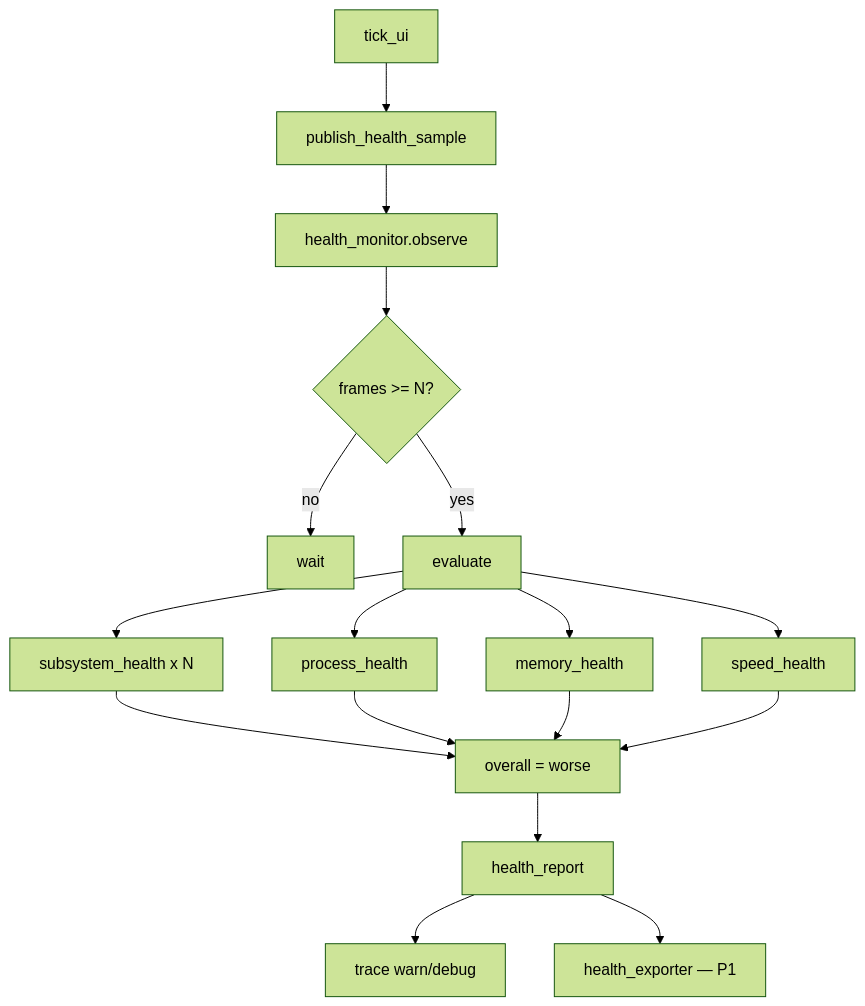
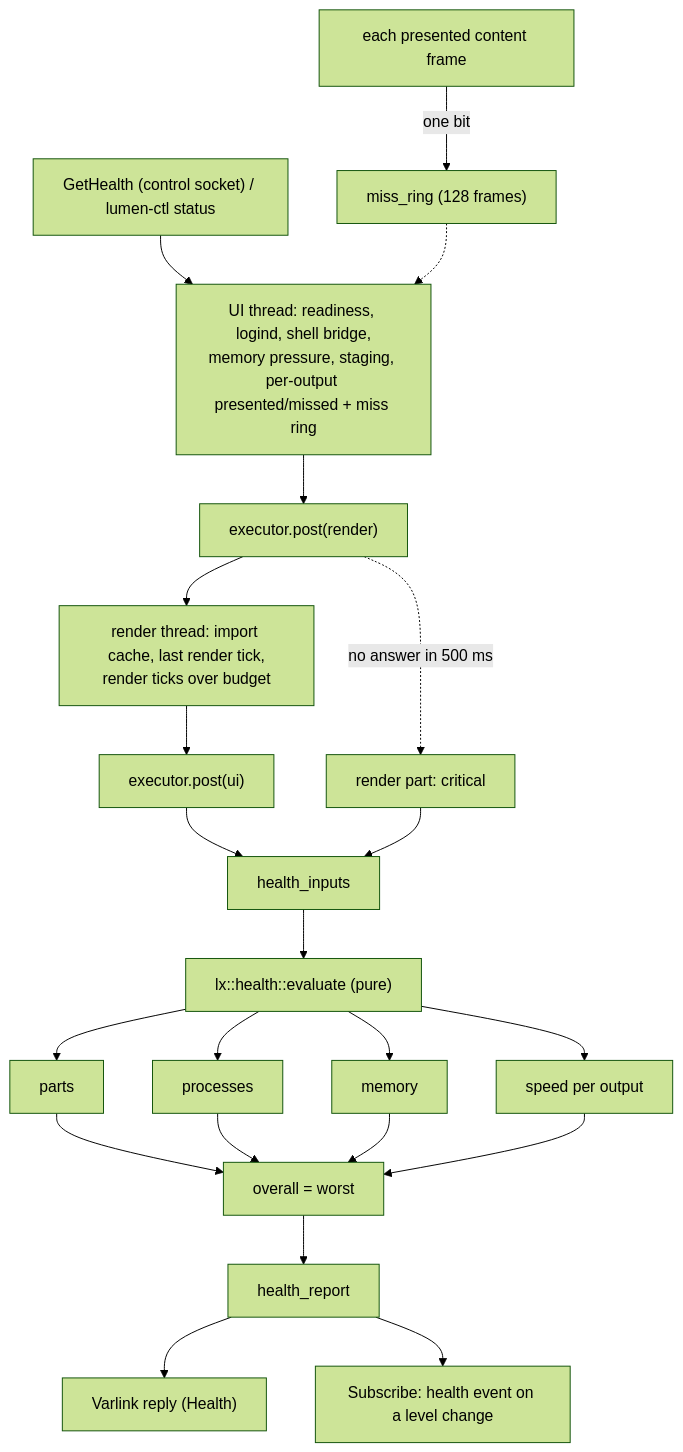
Before and after one commit to dimmus/lumen: the diagram in docs/uml/38-health-evaluation.mmd, drawn with Mermaid (forest theme). The commit also changed 141 other files, not shown here.

```diff
--- a/docs/uml/38-health-evaluation.mmd
+++ b/docs/uml/38-health-evaluation.mmd
@@ -1,17 +1,22 @@
 flowchart TB
-    UI[tick_ui] --> FILL[publish_health_sample]
-    FILL --> OBS[health_monitor.observe]
-    OBS --> N{frames >= N?}
-    N -->|no| WAIT[wait]
-    N -->|yes| EVAL[evaluate]
-    EVAL --> PARTS[subsystem_health x N]
-    EVAL --> PROC[process_health]
-    EVAL --> MEM[memory_health]
-    EVAL --> SPD[speed_health]
-    PARTS --> OVER[overall = worse]
+    REQ["GetHealth (control socket) / lumen-ctl status"] --> UI["UI thread: readiness, logind, shell bridge,<br/>memory pressure, staging, per-output presented/missed + miss ring"]
+    UI --> POST["executor.post(render)"]
+    POST --> RF["render thread: import cache, last render tick,<br/>render ticks over budget"]
+    RF --> BACK["executor.post(ui)"]
+    POST -. "no answer in 500 ms" .-> TO["render part: critical"]
+    BACK --> IN[health_inputs]
+    TO --> IN
+    IN --> EVAL["lx::health::evaluate (pure)"]
+    EVAL --> PARTS[parts]
+    EVAL --> PROC[processes]
+    EVAL --> MEM[memory]
+    EVAL --> SPD["speed per output"]
+    PARTS --> OVER[overall = worst]
     PROC --> OVER
     MEM --> OVER
     SPD --> OVER
     OVER --> RPT[health_report]
-    RPT --> LOG[trace warn/debug]
-    RPT --> EXP[health_exporter — P1]
+    RPT --> JSON["Varlink reply (Health)"]
+    RPT --> STREAM["Subscribe: health event on a level change"]
+    FRAME["each presented content frame"] -->|"one bit"| RING["miss_ring (128 frames)"]
+    RING -.-> UI
```
